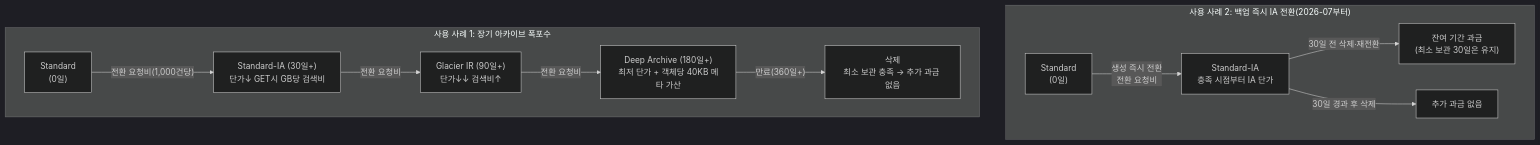
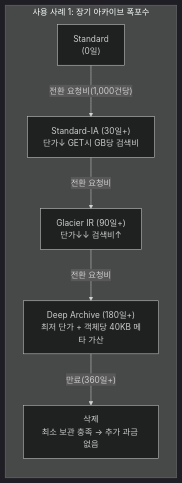
One commit to dotoryeee/blog changed the first of 2 diagrams in docs/blog/posts/Cloud Infra/s3_optimization.md. Above: the diagram before and after it, drawn with Mermaid (dark theme).

Commit message:
update: split s3 lifecycle mermaid into two diagrams

````diff
--- a/docs/blog/posts/Cloud Infra/s3_optimization.md
+++ b/docs/blog/posts/Cloud Infra/s3_optimization.md
@@ -80,14 +80,9 @@
 ```mermaid
-graph TD
-    subgraph B["사용 사례 2: 백업 즉시 IA 전환(2026-07부터)"]
-        S2["Standard<br>(0일)"] -->|"생성 즉시 전환<br>전환 요청비"| IA2["Standard-IA<br>충족 시점부터 IA 단가"]
-        IA2 -->|"30일 전 삭제·재전환"| EARLY["잔여 기간 과금<br>(최소 보관 30일은 유지)"]
-        IA2 -->|"30일 경과 후 삭제"| OK2["추가 과금 없음"]
-    end
+graph LR
     subgraph W["사용 사례 1: 장기 아카이브 폭포수"]
         S["Standard<br>(0일)"] -->|"전환 요청비(1,000건당)"| IA["Standard-IA (30일+)<br>단가↓ GET시 GB당 검색비"]
         IA -->|"전환 요청비"| GIR["Glacier IR (90일+)<br>단가↓↓ 검색비↑"]
         GIR -->|"전환 요청비"| GDA["Deep Archive (180일+)<br>최저 단가 + 객체당 40KB 메타 가산"]
         GDA -->|"만료(360일+)"| EXP["삭제<br>최소 보관 충족 → 추가 과금 없음"]
     end
 ```
````
